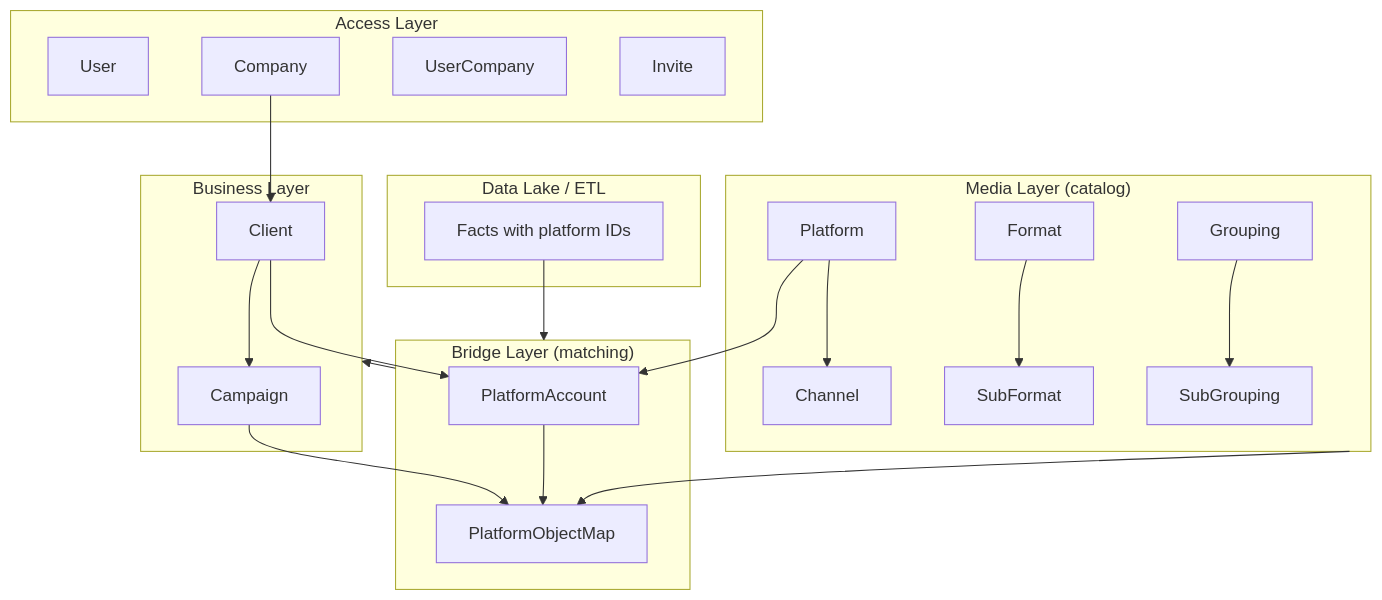
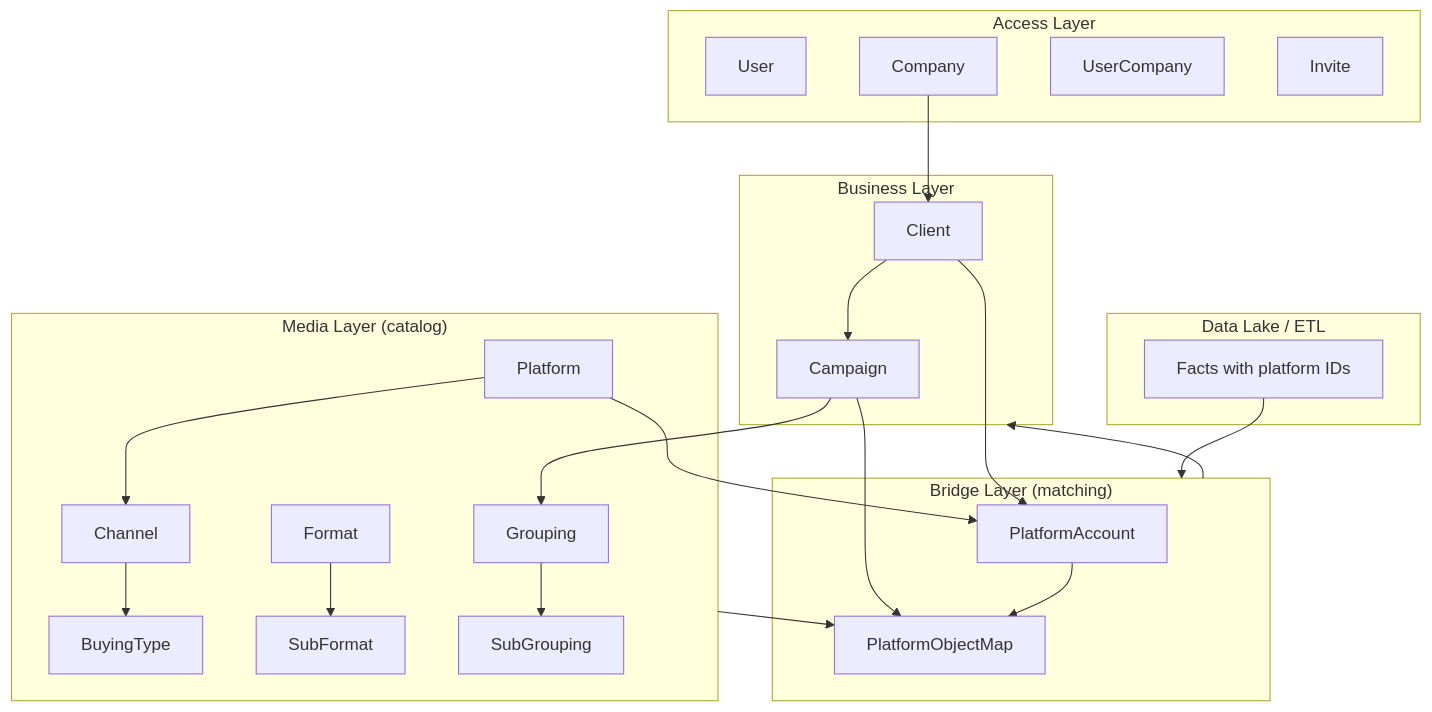
One commit to DevPablo20/binder_app_backend changed the diagram in .cursor/rules/domain-architecture.mdc. Above: the diagram before and after it, drawn with Mermaid. The commit also changed other lines of this file and 27 other files, not shown here.

````diff
--- a/.cursor/rules/domain-architecture.mdc
+++ b/.cursor/rules/domain-architecture.mdc
@@ -16,46 +16,49 @@
 ```mermaid
 flowchart TB
     subgraph access ["Access Layer"]
         User
         Company
         UserCompany
         Invite
     end
 
     subgraph business ["Business Layer"]
         Client
         Campaign
     end
 
     subgraph media ["Media Layer (catalog)"]
         Platform
         Channel
+        BuyingType
         Format
         SubFormat
         Grouping
         SubGrouping
     end
 
     subgraph bridge ["Bridge Layer (matching)"]
         PlatformAccount
         PlatformObjectMap
     end
 
     subgraph lake ["Data Lake / ETL"]
         Facts["Facts with platform IDs"]
     end
 
     Company --> Client --> Campaign
     Platform --> Channel
+    Channel --> BuyingType
     Format --> SubFormat
+    Campaign --> Grouping
     Grouping --> SubGrouping
 
     Client --> PlatformAccount
     Platform --> PlatformAccount
     Campaign --> PlatformObjectMap
     PlatformAccount --> PlatformObjectMap
     media --> PlatformObjectMap
 
     Facts --> bridge
     bridge --> business
 ```
````
